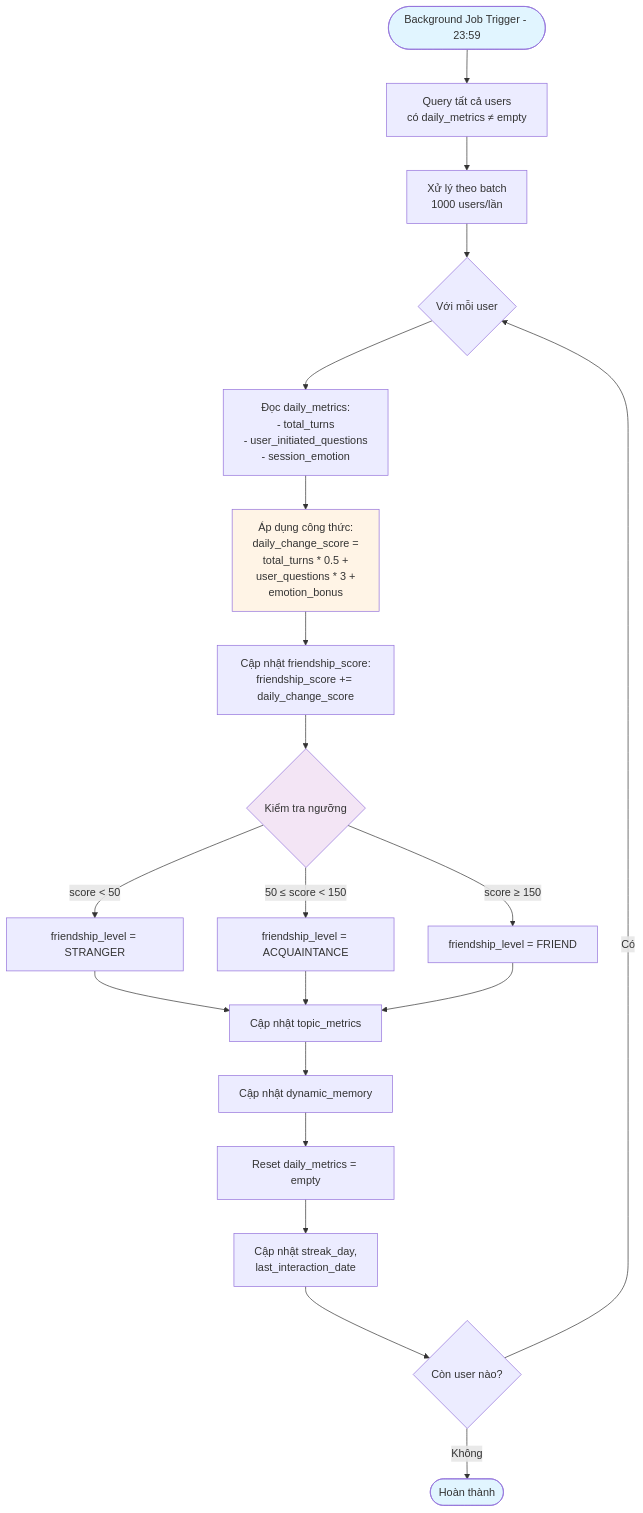
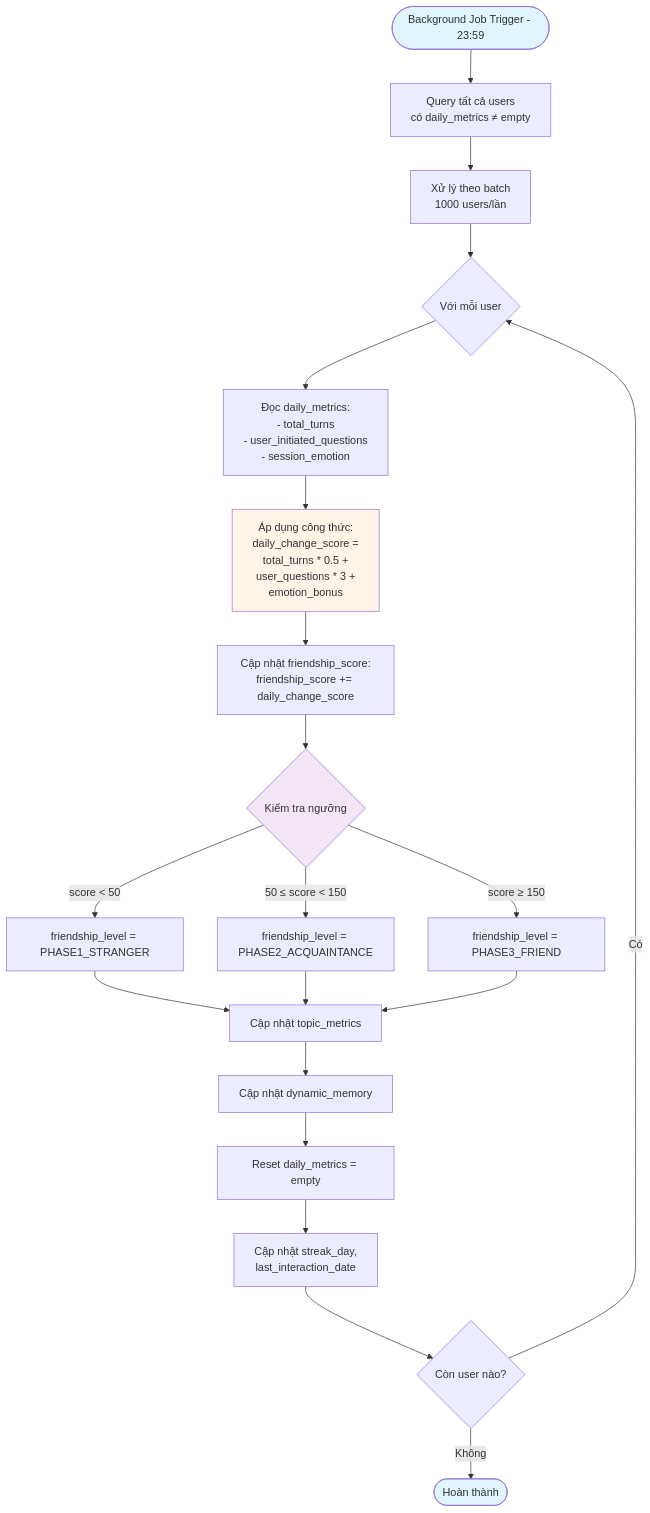
The fifth of 7 diagrams in docs/1_TaiLieuRobot_T2_24112025 - Robot/Tài liệu 3.2 - Logic Backend và AI.md (DoanNgocCuong/context-handling-bigmodule_PikaRobot_25112025), drawn with Mermaid before and after one commit. The commit also changed other lines of this file and 35 other files, not shown here.

First line of the commit message:
[update name: STRANGER - ACQUAINTANCE - FRIEND]

````diff
--- a/docs/1_TaiLieuRobot_T2_24112025 - Robot/Tài liệu 3.2 - Logic Backend và AI.md
+++ b/docs/1_TaiLieuRobot_T2_24112025 - Robot/Tài liệu 3.2 - Logic Backend và AI.md
@@ -206,40 +206,40 @@
 ```mermaid
 flowchart TD
     Start([Background Job Trigger - 23:59]) --> Query[Query tất cả users<br/>có daily_metrics ≠ empty]
     
     Query --> Batch[Xử lý theo batch<br/>1000 users/lần]
     
     Batch --> ForEach{Với mỗi user}
     
     ForEach --> ReadMetrics[Đọc daily_metrics:<br/>- total_turns<br/>- user_initiated_questions<br/>- session_emotion]
     
     ReadMetrics --> CalcFormula[Áp dụng công thức:<br/>daily_change_score =<br/>total_turns * 0.5 +<br/>user_questions * 3 +<br/>emotion_bonus]
     
     CalcFormula --> UpdateFS[Cập nhật friendship_score:<br/>friendship_score += daily_change_score]
     
     UpdateFS --> CheckLevel{Kiểm tra ngưỡng}
     
-    CheckLevel -->|score < 50| SetStranger[friendship_level = STRANGER]
-    CheckLevel -->|50 ≤ score < 150| SetAcquaintance[friendship_level = ACQUAINTANCE]
-    CheckLevel -->|score ≥ 150| SetFriend[friendship_level = FRIEND]
+    CheckLevel -->|score < 50| SetStranger[friendship_level = PHASE1_STRANGER]
+    CheckLevel -->|50 ≤ score < 150| SetAcquaintance[friendship_level = PHASE2_ACQUAINTANCE]
+    CheckLevel -->|score ≥ 150| SetFriend[friendship_level = PHASE3_FRIEND]
     
     SetStranger --> UpdateTopic[Cập nhật topic_metrics]
     SetAcquaintance --> UpdateTopic
     SetFriend --> UpdateTopic
     
     UpdateTopic --> UpdateMemory[Cập nhật dynamic_memory]
     
     UpdateMemory --> ResetDaily[Reset daily_metrics = empty]
     
     ResetDaily --> UpdateStreak[Cập nhật streak_day,<br/>last_interaction_date]
     
     UpdateStreak --> NextUser{Còn user nào?}
     
     NextUser -->|Có| ForEach
     NextUser -->|Không| End([Hoàn thành])
     
     style Start fill:#e1f5ff
     style End fill:#e1f5ff
     style CalcFormula fill:#fff4e6
     style CheckLevel fill:#f3e5f5
 ```
````
